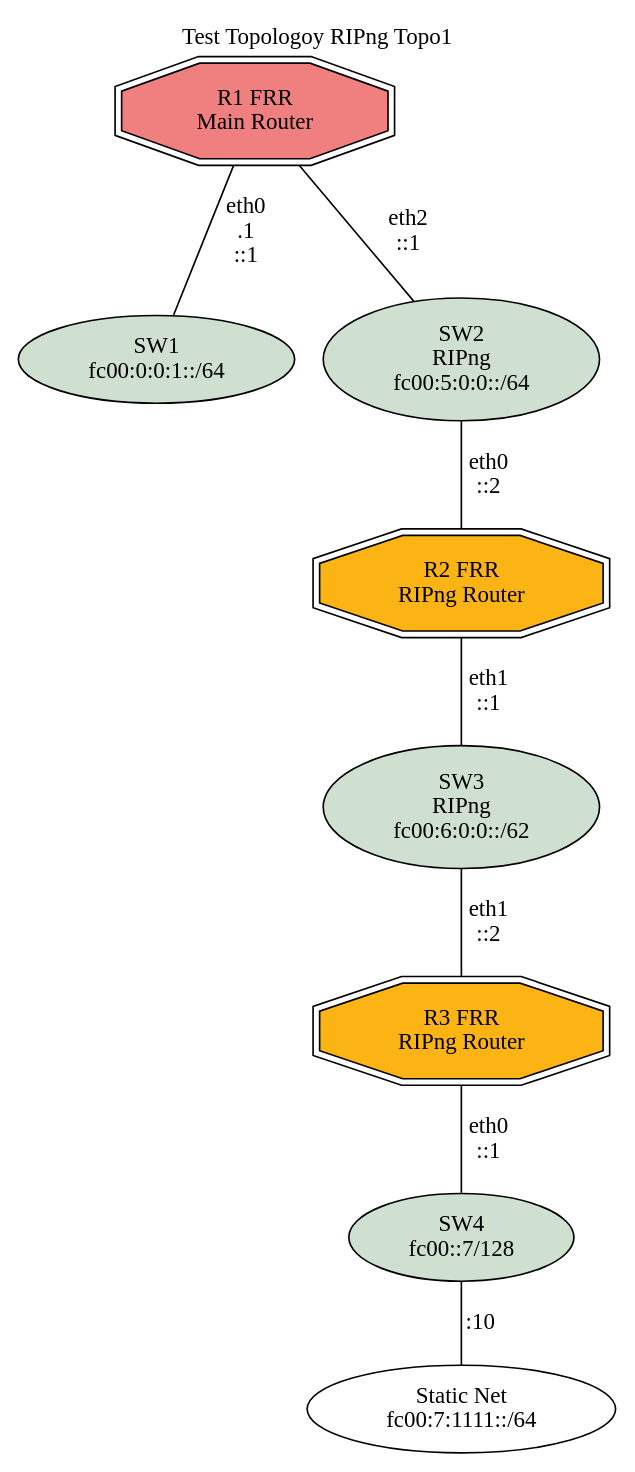
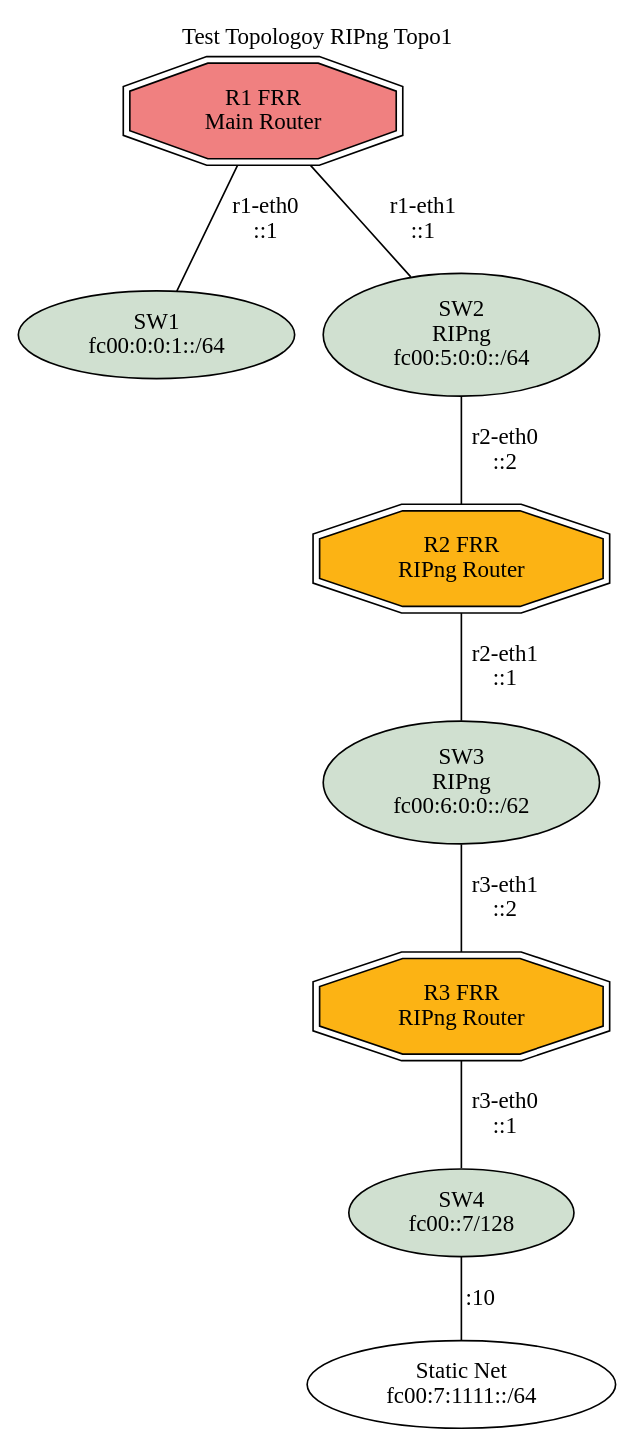
Before and after one commit to FRRouting/topotests: the diagram in ripng-topo1/test_ripng_topo1.dot, drawn with Graphviz. The commit also changed 2 other files, not shown here.

```diff
--- a/ripng-topo1/test_ripng_topo1.dot
+++ b/ripng-topo1/test_ripng_topo1.dot
@@ -1,59 +1,59 @@
 ## GraphViz file for test_all_protocol_topo1
 ##
 ## Color coding:
 #########################
 ##  Main FRR: #f08080  red
 ##  Switches: #d0e0d0  gray
 ##  RIP:      #19e3d9  Cyan
 ##  RIPng:    #fcb314  dark yellow
 ##  OSPFv2:   #32b835  Green
 ##  OSPFv3:   #19e3d9  Cyan
 ##  ISIS IPv4 #fcb314  dark yellow
 ##  ISIS IPv6 #9a81ec  purple
 ##  BGP IPv4  #eee3d3  beige
 ##  BGP IPv6  #fdff00  yellow
 ##### Colors (see http://www.color-hex.com/)
 
 graph test_ripng_topo1 {
 
     // title
     labelloc="t";
     label="Test Topologoy RIPng Topo1";
 
 	######################
 	# Routers	
 	######################
 
 	# Main FRR Router with all protocols
 	R1 [shape=doubleoctagon, label="R1 FRR\nMain Router", fillcolor="#f08080", style=filled];
 	
 	# RIPng Routers
 	R2 [shape=doubleoctagon, label="R2 FRR\nRIPng Router", fillcolor="#fcb314", style=filled];
 	R3 [shape=doubleoctagon, label="R3 FRR\nRIPng Router", fillcolor="#fcb314", style=filled];
 
 	######################
 	# Network Lists
 	######################
 
     SW1_R1_stub [label="SW1\nfc00:0:0:1::/64", fillcolor="#d0e0d0", style=filled];
 
     # RIPng Networks
     SW2_R1_R2 [label="SW2\nRIPng\nfc00:5:0:0::/64", fillcolor="#d0e0d0", style=filled];
     SW3_R2_R3 [label="SW3\nRIPng\nfc00:6:0:0::/62", fillcolor="#d0e0d0", style=filled];
     SW4_R3 [label="SW4\nfc00::7/128", fillcolor="#d0e0d0", style=filled];
     Net_R3_remote [label="Static Net\nfc00:7:1111::/64"];
 
 	######################
 	# Network Connections
 	######################
-    R1 -- SW1_R1_stub [label = "eth0\n.1\n::1"];
+    R1 -- SW1_R1_stub [label = "r1-eth0\n::1"];
 	
 	# RIPng Network
-	R1 -- SW2_R1_R2 [label = "eth2\n::1"];
-	SW2_R1_R2 -- R2 [label = "eth0\n::2"];
-	R2 -- SW3_R2_R3 [label = "eth1\n::1"];
-	SW3_R2_R3 -- R3 [label = "eth1\n::2"];
-	R3 -- SW4_R3 [label = "eth0\n::1"];
+	R1 -- SW2_R1_R2 [label = "r1-eth1\n::1"];
+	SW2_R1_R2 -- R2 [label = "r2-eth0\n::2"];
+	R2 -- SW3_R2_R3 [label = "r2-eth1\n::1"];
+	SW3_R2_R3 -- R3 [label = "r3-eth1\n::2"];
+	R3 -- SW4_R3 [label = "r3-eth0\n::1"];
 	SW4_R3 -- Net_R3_remote [label = ":10"];
 
 }
```
